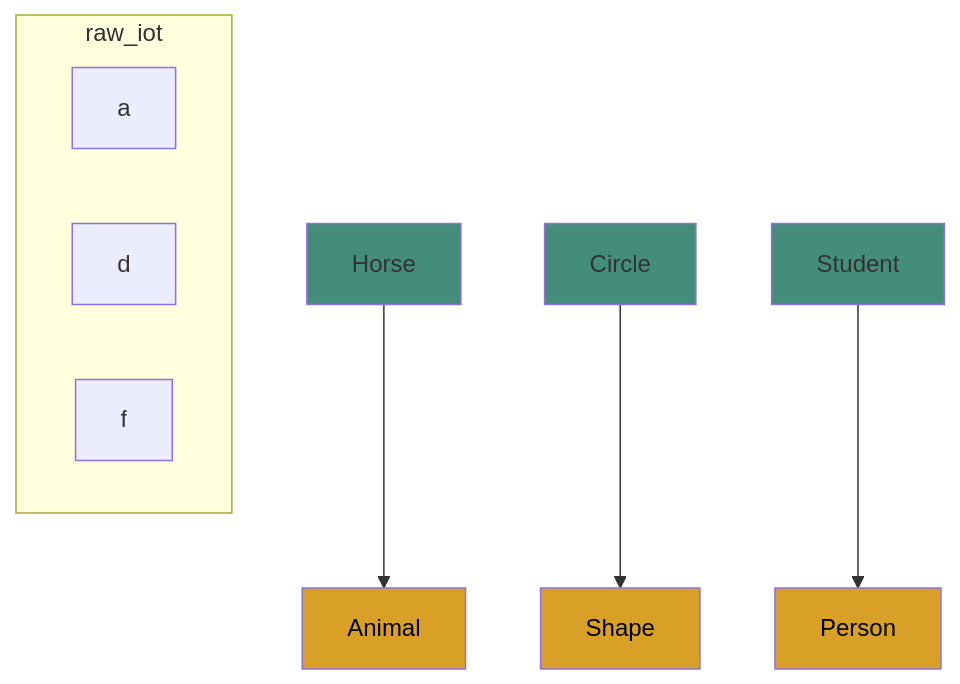
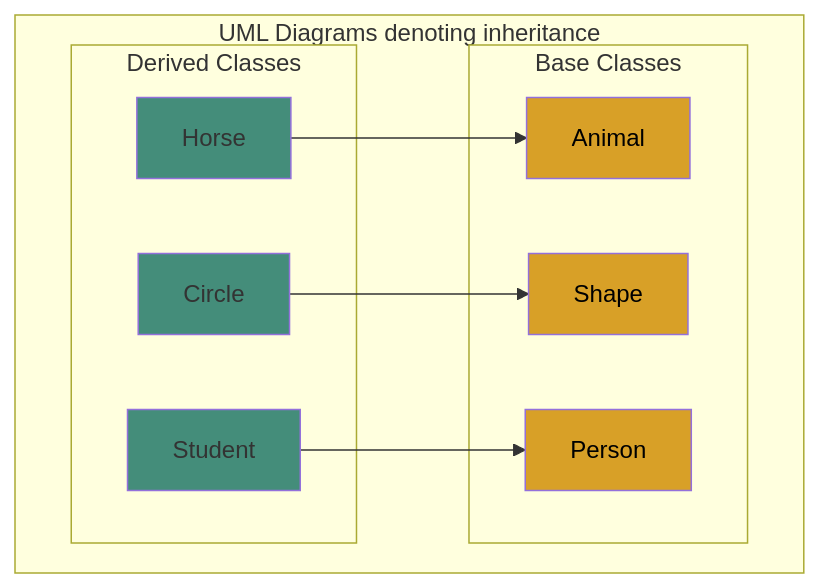
Before and after one commit to HokoraYinphineMPP/obsidian-git-sync: the diagram in docs/CSE 2010-12(83648)/2022-11-07 Inheritance & Polymorphism.md, drawn with Mermaid. The commit also changed other lines of this file, not shown here.

````diff
--- a/docs/CSE 2010-12(83648)/2022-11-07 Inheritance & Polymorphism.md
+++ b/docs/CSE 2010-12(83648)/2022-11-07 Inheritance & Polymorphism.md
@@ -56,13 +38,20 @@
 ```mermaid
 graph TD;
-    subgraph raw_iot
-		a
-		d
-		f
-    end
+	subgraph UML Diagrams denoting inheritance
+	    subgraph Base Classes
+			A
+			D
+			F
+	    end
+	    subgraph Derived Classes
+		    B
+		    C
+		    E
+		end
+	end
     B[Horse]:::Green-->A[Animal]:::Yellow;
     C[Circle]:::Green-->D[Shape]:::Yellow;
     E[Student]:::Green-->F[Person]:::Yellow;
 	classDef Yellow fill:#d8a027, color:#000;
 	classDef Green fill:#448d7a;
 ```
````
